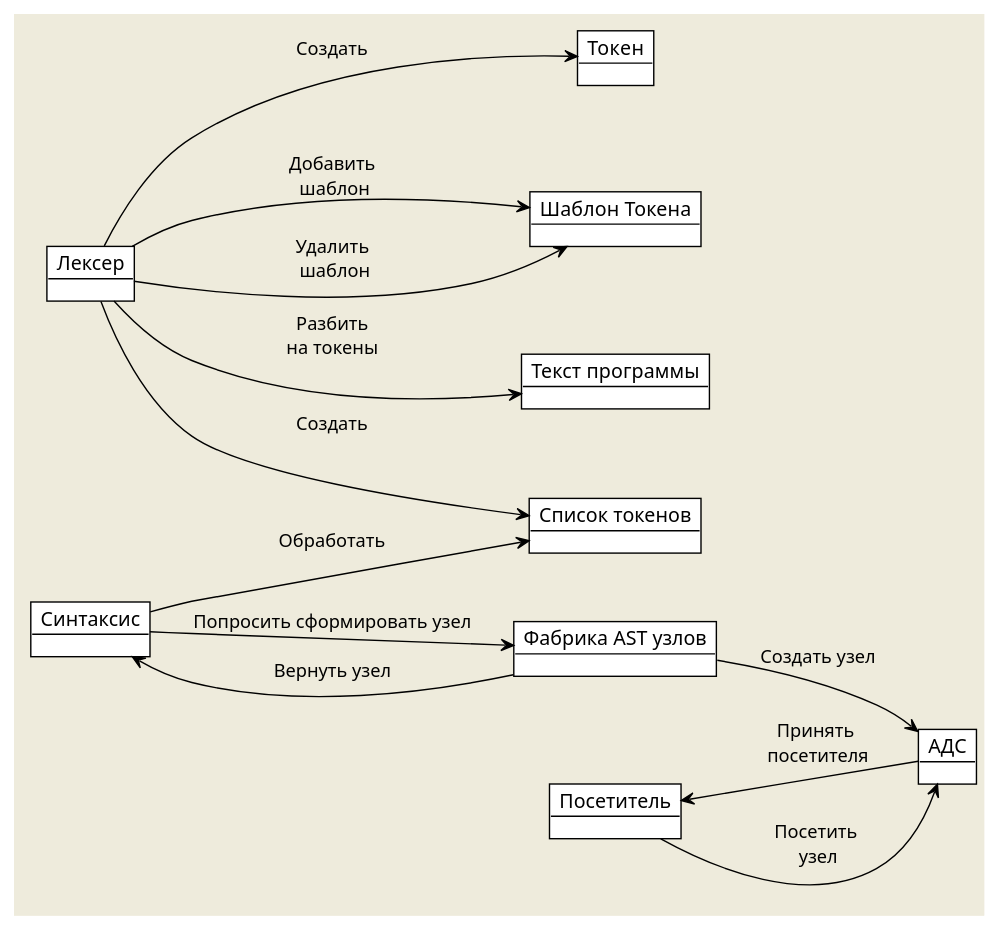
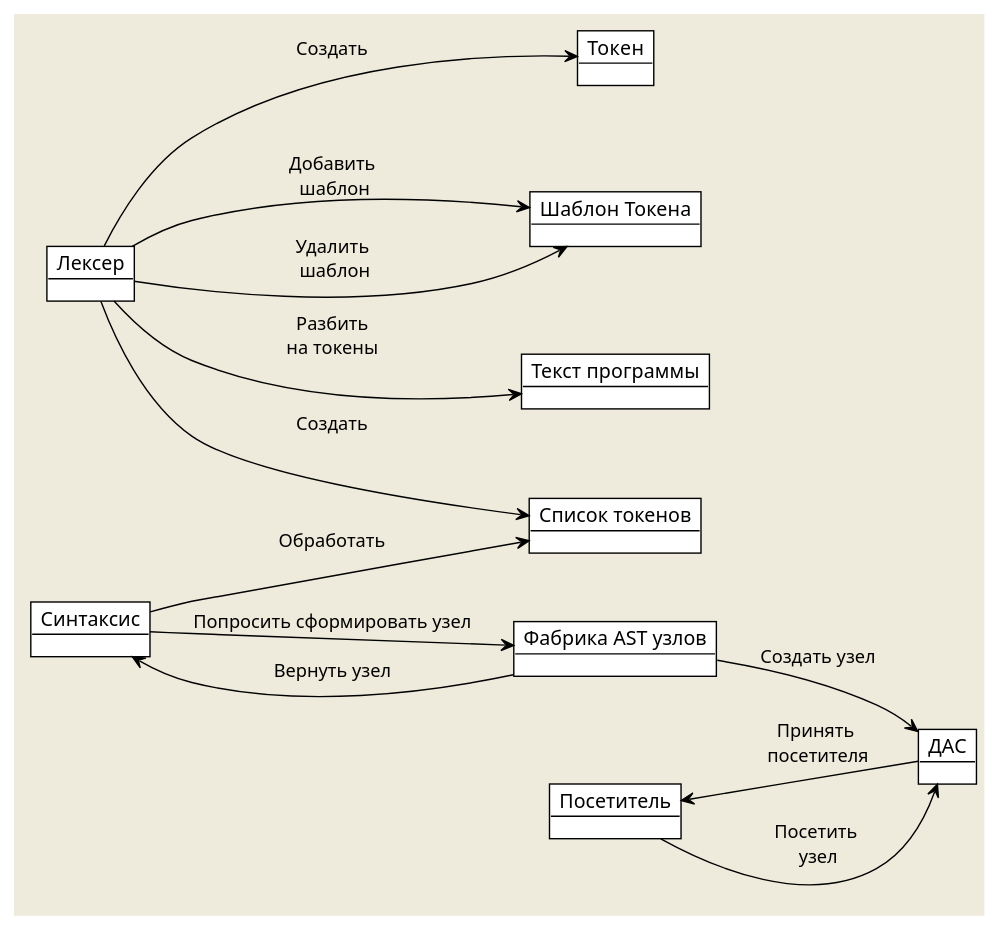
The first of 2 diagrams in schemes/scheme.md (DanArmor/micro-Pascal), drawn with PlantUML before and after one commit. The commit also changed 33 other files, not shown here.

````diff
--- a/schemes/scheme.md
+++ b/schemes/scheme.md
@@ -4,35 +4,35 @@
 ```plantuml
 @startuml
     !theme plain
     skinparam backgroundColor #EEEBDC
     skinparam handwritten false
     skinparam arrowFontColor black
     left to right direction
 
     object "Лексер" as Lexer
     object "Текст программы" as Text
     object "Синтаксис" as Syntax
     object "Список токенов" as List
-    object "АДС" as AST
+    object "ДАС" as AST
     object "Посетитель" as Visitor
 
     object "Токен" as Token
     object "Шаблон Токена" as TokenTemp
 
     object "Фабрика AST узлов" as ASTFactory
 
     Lexer --> TokenTemp : "Добавить\n шаблон"
     Lexer --> TokenTemp : "Удалить\n шаблон"
     Lexer --> Text : "Разбить\nна токены"
     Lexer --> List : "Создать"
     Lexer --> Token : "Создать"
 
     Syntax --> List : "Обработать"
     Syntax --> ASTFactory : "Попросить сформировать узел"
     ASTFactory --> AST : "Создать узел"
     ASTFactory --> Syntax : "Вернуть узел"
 
     Visitor --> AST : "Посетить \nузел"
     Visitor <-- AST : "Принять \nпосетителя"
 @enduml
 ```
````
